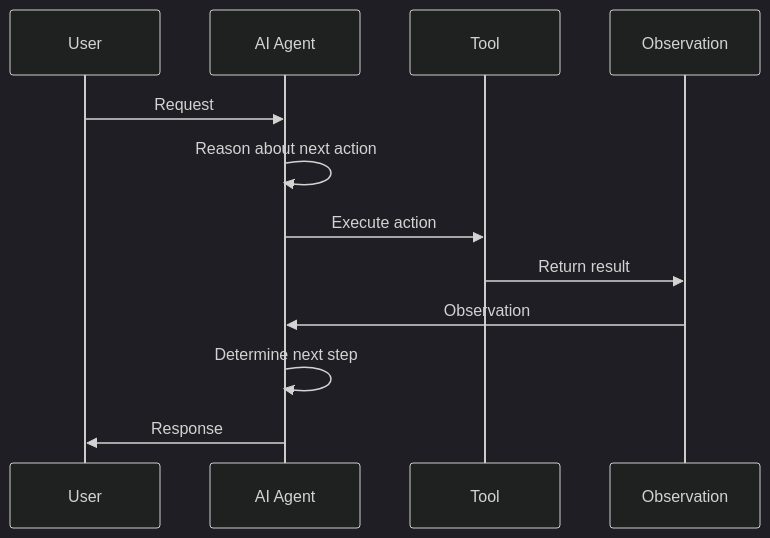
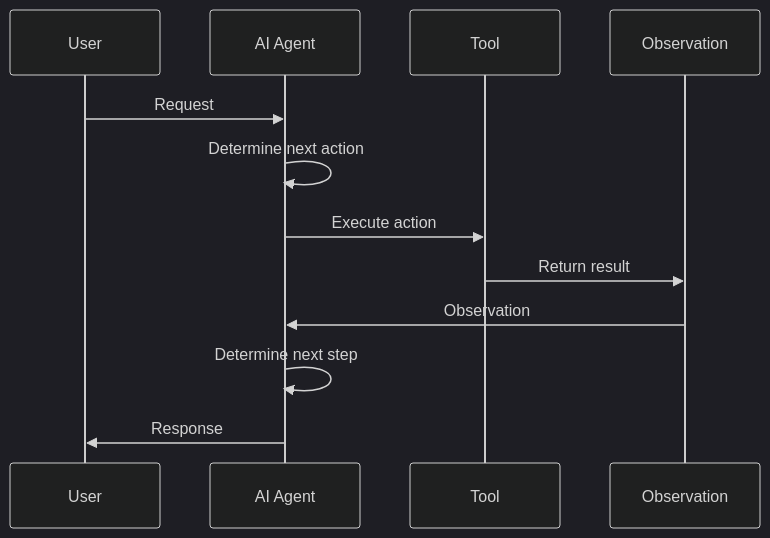
The fifth of 27 diagrams in docs/04-retrieval-augmented-generation/index.md (MihirKJha/enterprise-ai-engineering-handbook), drawn with Mermaid (dark theme) before and after one commit. The commit also changed other lines of this file and 30 other files, not shown here.

````diff
--- a/docs/04-retrieval-augmented-generation/index.md
+++ b/docs/04-retrieval-augmented-generation/index.md
@@ -229,15 +237,15 @@
 ```mermaid
 sequenceDiagram
     participant U as User
     participant A as AI Agent
     participant T as Tool
     participant O as Observation
 
     U->>A: Request
-    A->>A: Reason about next action
+    A->>A: Determine next action
     A->>T: Execute action
     T->>O: Return result
     O->>A: Observation
     A->>A: Determine next step
     A->>U: Response
 ```
````
